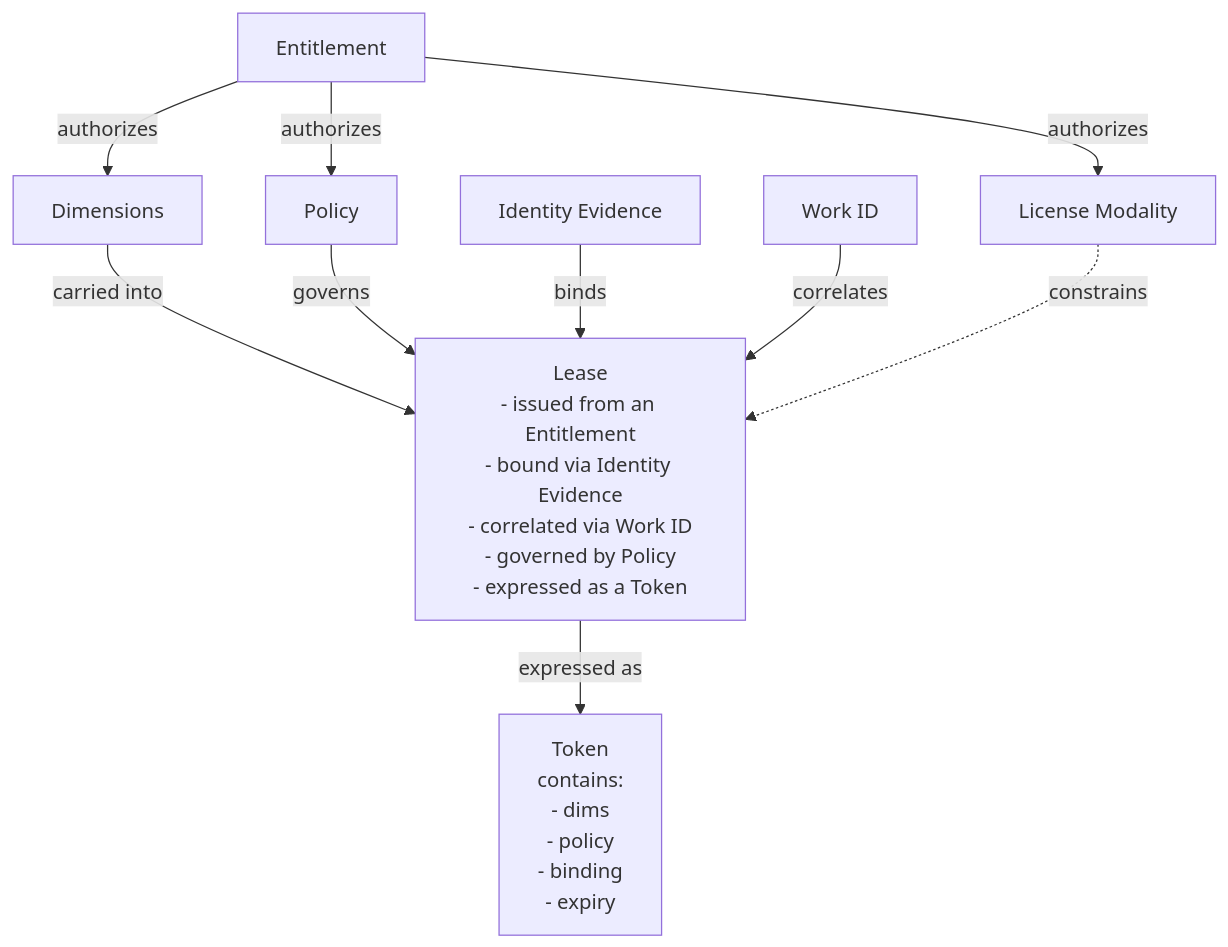
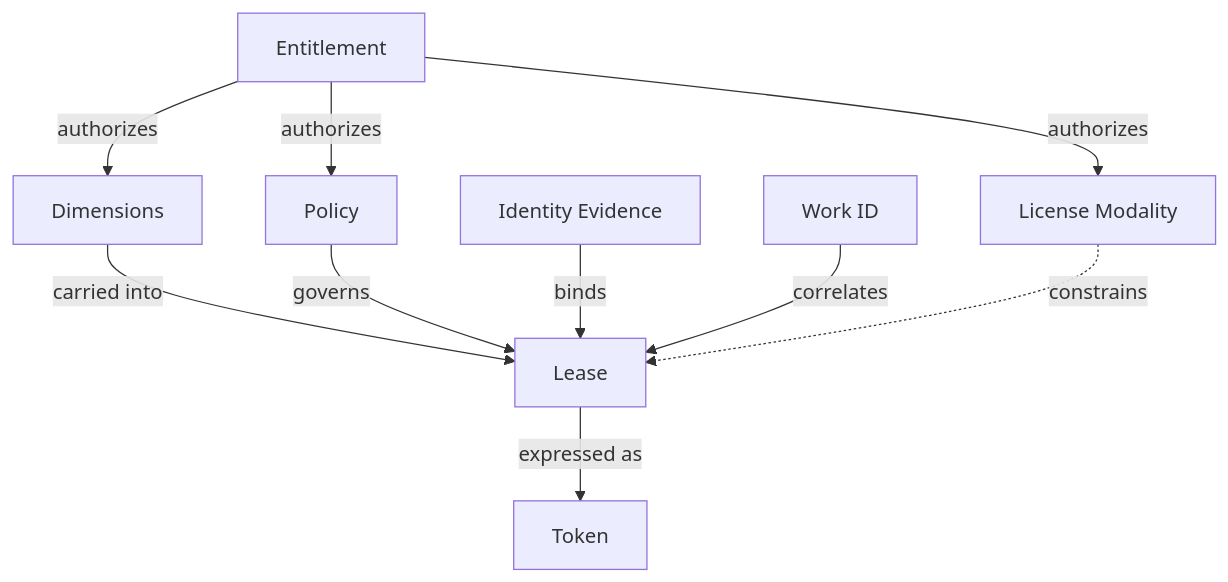
The diagram in best-practices/07-reference-model/01-conceptual-model.md (Dynamic-Software-Licensing/Dynamic-Software-Licensing---Best-Practices), drawn with Mermaid before and after one commit. The commit also changed other lines of this file, not shown here.

Commit message:
Improve conceptual model diagram readability

````diff
--- a/best-practices/07-reference-model/01-conceptual-model.md
+++ b/best-practices/07-reference-model/01-conceptual-model.md
@@ -63,21 +63,21 @@
 ```mermaid
 flowchart TD
     entitlement[Entitlement]
     dimensions[Dimensions]
     policy[Policy]
     modality[License Modality]
     identity[Identity Evidence]
     workid[Work ID]
-    token[Token<br/>contains:<br/>- dims<br/>- policy<br/>- binding<br/>- expiry]
-    lease[Lease<br/>- issued from an Entitlement<br/>- bound via Identity Evidence<br/>- correlated via Work ID<br/>- governed by Policy<br/>- expressed as a Token]
+  lease[Lease]
+  token[Token]
 
     entitlement -->|authorizes| dimensions
     entitlement -->|authorizes| policy
     entitlement -->|authorizes| modality
     dimensions -->|carried into| lease
     policy -->|governs| lease
     identity -->|binds| lease
     workid -->|correlates| lease
     lease -->|expressed as| token
     modality -. constrains .-> lease
 ```
````
